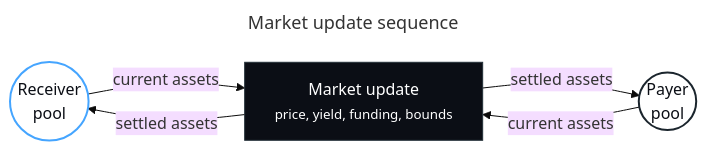
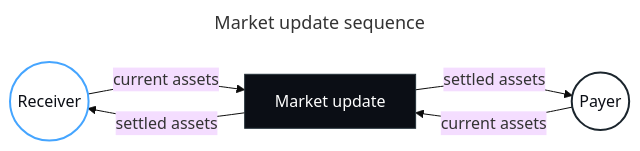
The diagram in diagrams/market-update-sequence.mmd (Null-Solutions/v1-docs), drawn with Mermaid (base theme) before and after one commit. The commit also changed 12 other files, not shown here.

Commit message:
Fix docs diagram text rendering

```diff
--- a/diagrams/market-update-sequence.mmd
+++ b/diagrams/market-update-sequence.mmd
@@ -1,19 +1,19 @@
 ---
 title: Market update sequence
 ---
 flowchart LR
-  receiver(("Receiver<br/>pool"))
-  update["Market update<br/><small>price, yield, funding, bounds</small>"]
-  payer(("Payer<br/>pool"))
+  receiver(("Receiver"))
+  update["Market update"]
+  payer(("Payer"))
 
   receiver -- "current assets" --> update
   payer -- "current assets" --> update
   update -- "settled assets" --> receiver
   update -- "settled assets" --> payer
 
   classDef receiver fill:#FFFFFF,color:#0B0E15,stroke:#45A5FF,stroke-width:2px;
   classDef payer fill:#FFFFFF,color:#0B0E15,stroke:#1B252D,stroke-width:2px;
   classDef core fill:#0B0E15,color:#FFFFFF,stroke:#243038,stroke-width:1px;
   class receiver receiver;
   class payer payer;
   class update core;
```
